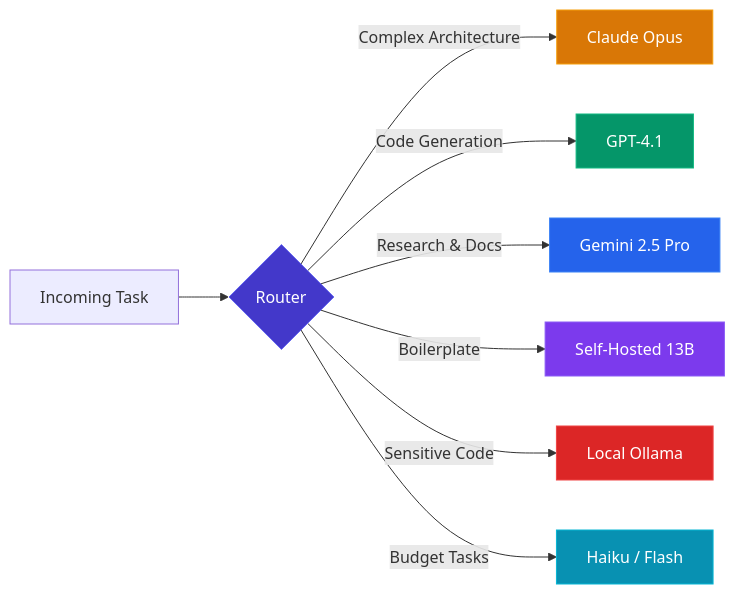
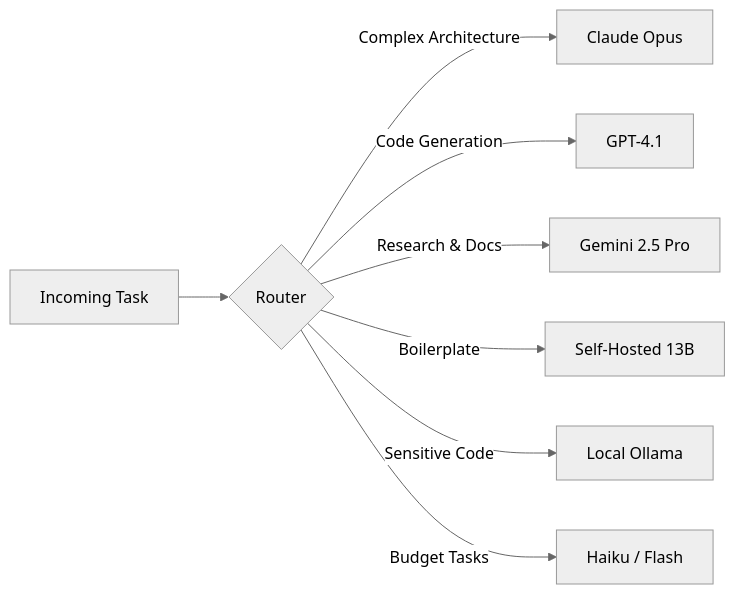
One commit to veerababumanyam/CodeBot changed the second of 3 diagrams in README.md. Above: the diagram before and after it, drawn with Mermaid. The commit also changed other lines of this file and 1 other file, not shown here.

````diff
--- a/README.md
+++ b/README.md
@@ -619,18 +522,11 @@
 ```mermaid
+%%{init: {'theme': 'neutral'}}%%
 graph LR
     A[Incoming Task] --> B{Router}
     B -->|Complex Architecture| C[Claude Opus]
     B -->|Code Generation| D[GPT-4.1]
     B -->|Research & Docs| E[Gemini 2.5 Pro]
     B -->|Boilerplate| F[Self-Hosted 13B]
     B -->|Sensitive Code| G[Local Ollama]
     B -->|Budget Tasks| H[Haiku / Flash]
-
-    style B fill:#4338CA,stroke:#6366F1,color:#fff
-    style C fill:#D97706,stroke:#F59E0B,color:#fff
-    style D fill:#059669,stroke:#10B981,color:#fff
-    style E fill:#2563EB,stroke:#3B82F6,color:#fff
-    style F fill:#7C3AED,stroke:#8B5CF6,color:#fff
-    style G fill:#DC2626,stroke:#EF4444,color:#fff
-    style H fill:#0891B2,stroke:#06B6D4,color:#fff
 ```
````
